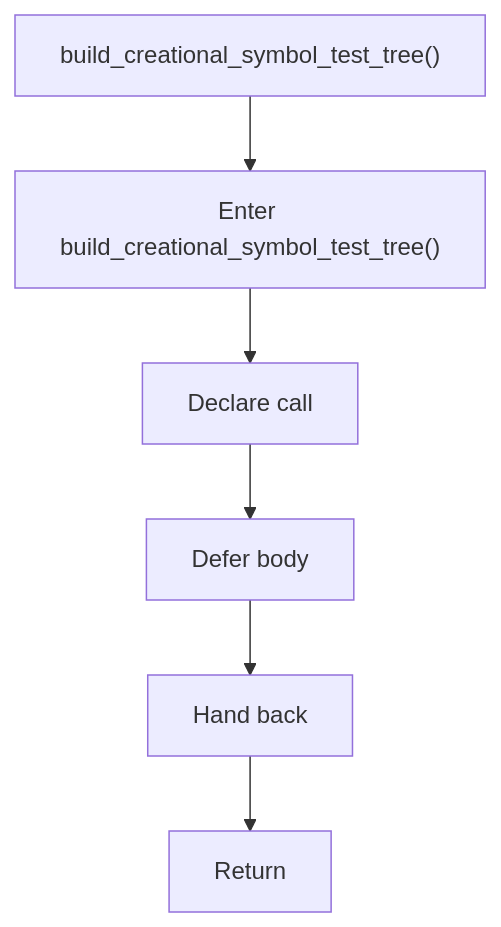
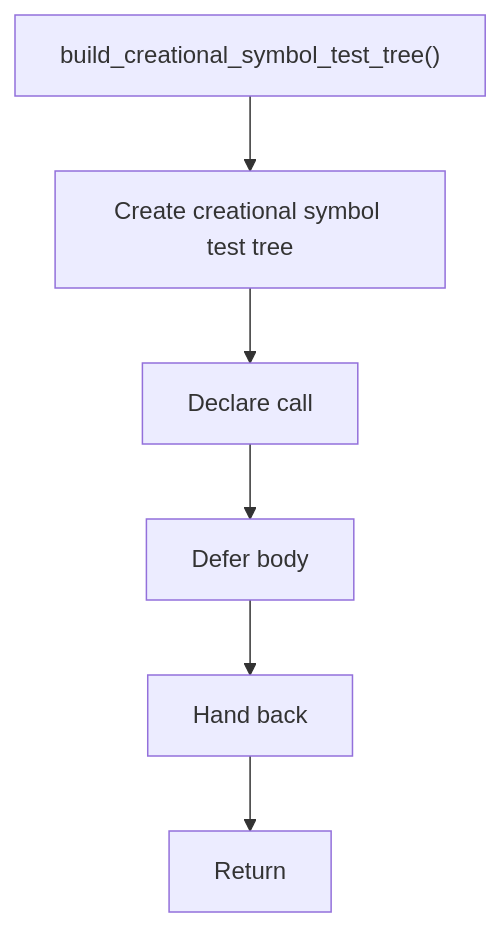
The third of 4 diagrams in docs/Codebase/Microservice/Modules/Header/SyntacticBrokenAST/Analysis/Patterns/Creational/SymbolTest/core.hpp.md (JohnAndrewBalbarosa/NeoTerritory), drawn with Mermaid before and after one commit. The commit also changed other lines of this file and 925 other files, not shown here.

````diff
--- a/docs/Codebase/Microservice/Modules/Header/SyntacticBrokenAST/Analysis/Patterns/Creational/SymbolTest/core.hpp.md
+++ b/docs/Codebase/Microservice/Modules/Header/SyntacticBrokenAST/Analysis/Patterns/Creational/SymbolTest/core.hpp.md
@@ -89,14 +88,14 @@
 ```mermaid
 flowchart TD
     Start["build_creational_symbol_test_tree()"]
-    N0["Enter build_creational_symbol_test_tree()"]
+    N0["Create creational symbol test tree"]
     N1["Declare call"]
     N2["Defer body"]
     N3["Hand back"]
     End["Return"]
     Start --> N0
     N0 --> N1
     N1 --> N2
     N2 --> N3
     N3 --> End
 ```
````
